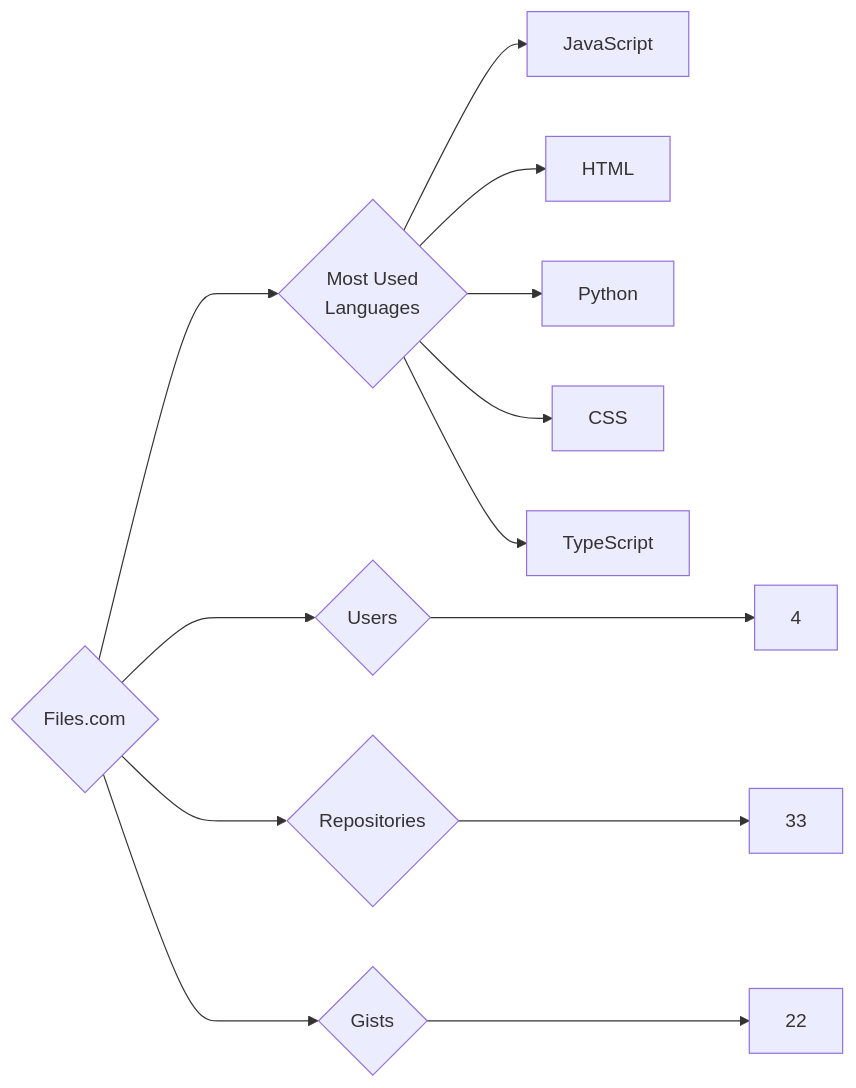
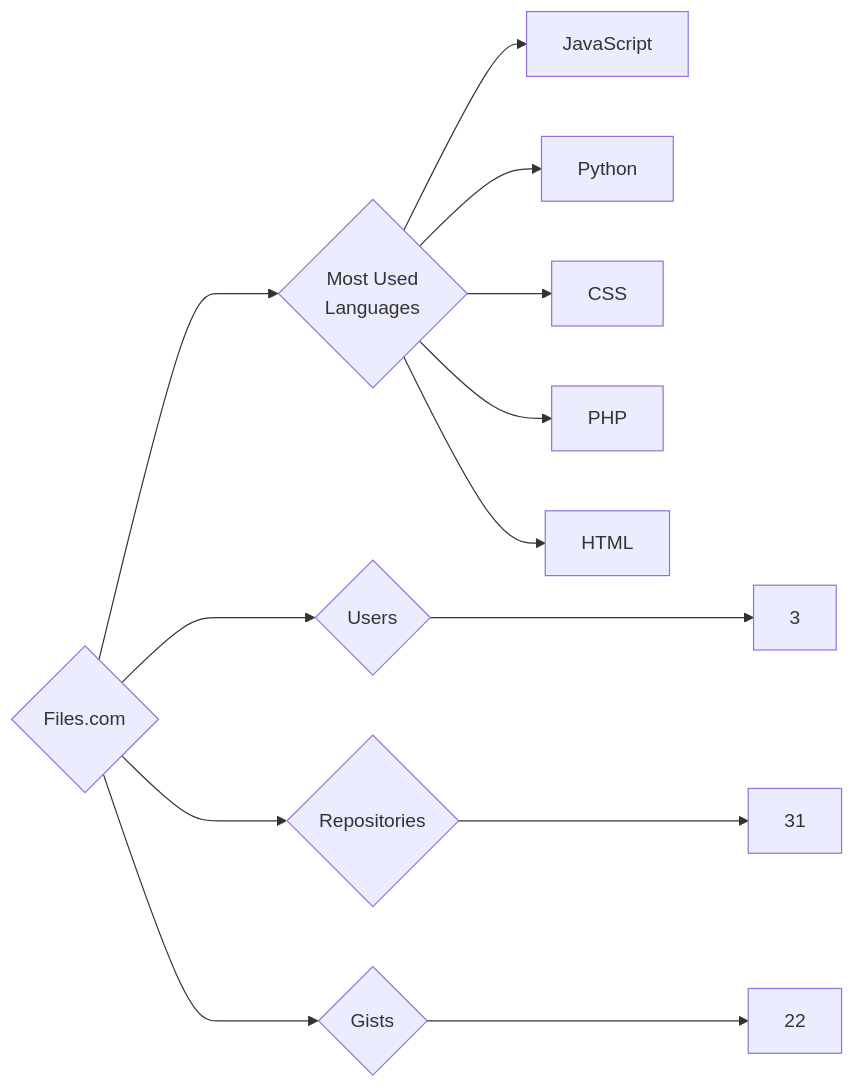
Before and after one commit to trickest/insiders: the diagram in targets/Files.com/README.md, drawn with Mermaid. The commit also changed 1084 other files, not shown here.

````diff
--- a/targets/Files.com/README.md
+++ b/targets/Files.com/README.md
@@ -3,13 +3,13 @@
 ```mermaid
 graph LR
 COMPANY_NAME{Files.com}
-COMPANY_NAME ---> U{Users} ---> UN[4]
-COMPANY_NAME ---> R{Repositories} ---> RN[33]
+COMPANY_NAME ---> U{Users} ---> UN[3]
+COMPANY_NAME ---> R{Repositories} ---> RN[31]
 COMPANY_NAME ---> G{Gists} ---> GN[22]
 COMPANY_NAME ---> ML{Most Used<br>Languages}
 ML --> JavaScript[JavaScript]
-ML --> HTML[HTML]
 ML --> Python[Python]
 ML --> CSS[CSS]
-ML --> TypeScript[TypeScript]
+ML --> PHP[PHP]
+ML --> HTML[HTML]
 ```
````
